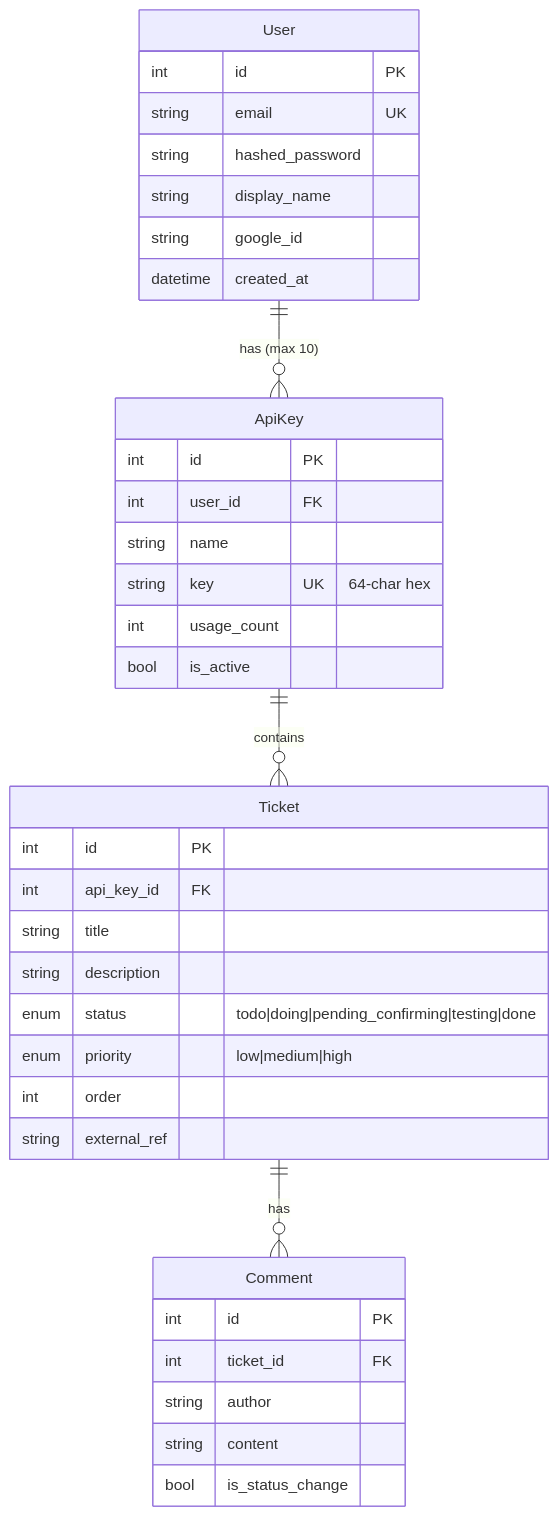
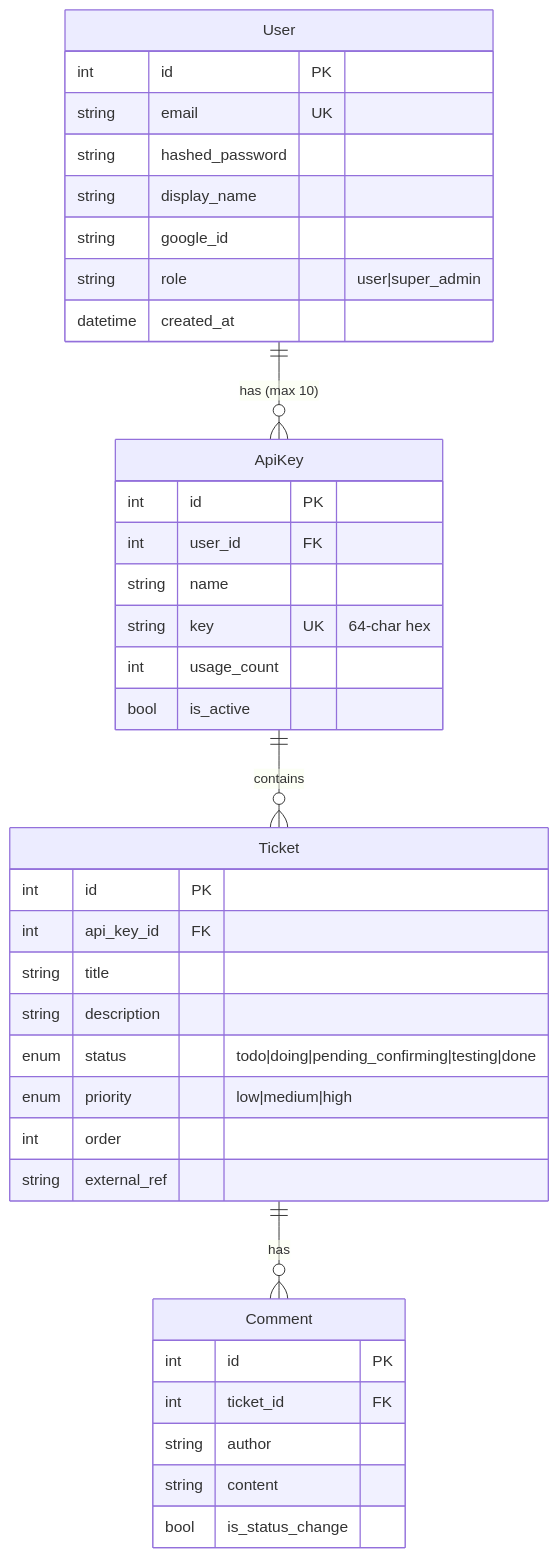
The second of 2 diagrams in README.md (osisdie/vibe-kanban), drawn with Mermaid before and after one commit. The commit also changed other lines of this file and 29 other files, not shown here.

First line of the commit message:
feat: add super admin, PostgreSQL, Railway deploy, logo rebrand

````diff
--- a/README.md
+++ b/README.md
@@ -75,43 +87,44 @@
 ```mermaid
 erDiagram
     User ||--o{ ApiKey : "has (max 10)"
     ApiKey ||--o{ Ticket : contains
     Ticket ||--o{ Comment : has
 
     User {
         int id PK
         string email UK
         string hashed_password
         string display_name
         string google_id
+        string role "user|super_admin"
         datetime created_at
     }
 
     ApiKey {
         int id PK
         int user_id FK
         string name
         string key UK "64-char hex"
         int usage_count
         bool is_active
     }
 
     Ticket {
         int id PK
         int api_key_id FK
         string title
         string description
         enum status "todo|doing|pending_confirming|testing|done"
         enum priority "low|medium|high"
         int order
         string external_ref
     }
 
     Comment {
         int id PK
         int ticket_id FK
         string author
         string content
         bool is_status_change
     }
 ```
````
